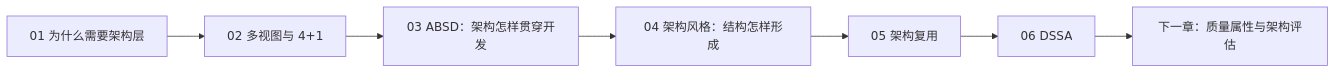
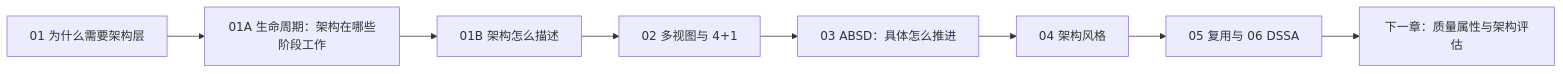
Before and after one commit to 74262195/system-architect-notes: the diagram in 01_综合知识/06_软件架构设计/软件架构设计索引.md, drawn with Mermaid. The commit also changed other lines of this file, not shown here.

Commit message:
docs: update software architecture learning path for batch 4

````diff
--- a/01_综合知识/06_软件架构设计/软件架构设计索引.md
+++ b/01_综合知识/06_软件架构设计/软件架构设计索引.md
@@ -61,9 +66,10 @@
 ```mermaid
 flowchart LR
-    A["01 为什么需要架构层"] --> B["02 多视图与 4+1"]
-    B --> C["03 ABSD：架构怎样贯穿开发"]
-    C --> D["04 架构风格：结构怎样形成"]
-    D --> E["05 架构复用"]
-    E --> F["06 DSSA"]
-    F --> G["下一章：质量属性与架构评估"]
+    A["01 为什么需要架构层"] --> B["01A 生命周期：架构在哪些阶段工作"]
+    B --> C["01B 架构怎么描述"]
+    C --> D["02 多视图与 4+1"]
+    D --> E["03 ABSD：具体怎么推进"]
+    E --> F["04 架构风格"]
+    F --> G["05 复用与 06 DSSA"]
+    G --> H["下一章：质量属性与架构评估"]
 ```
````
